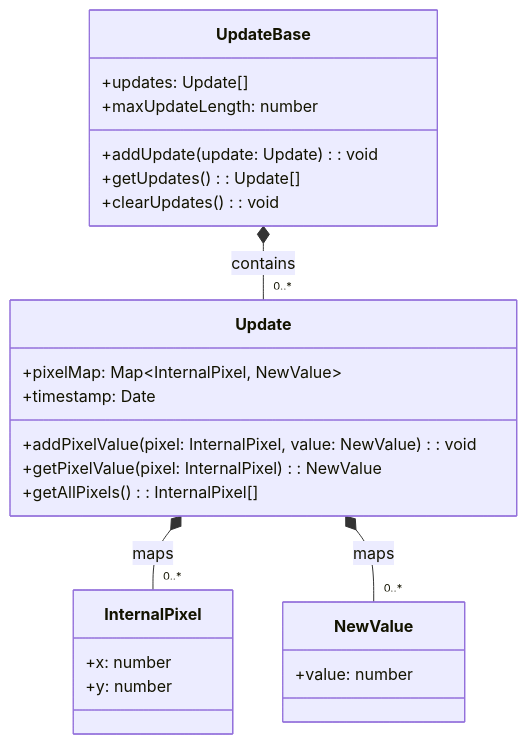
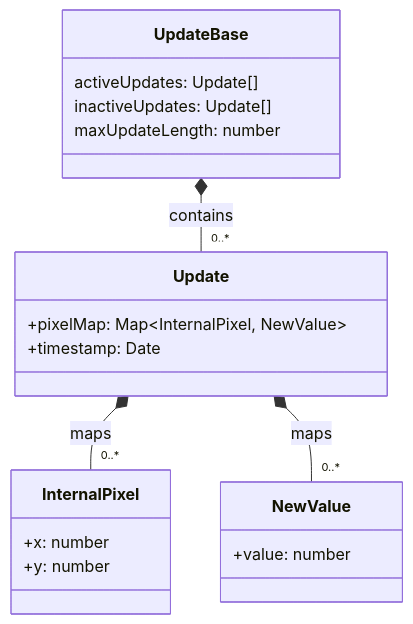
Before and after one commit to Advanced-Software-Engineering-23IKI1/saft: the diagram in docs/diagrams/update-data.md, drawn with Mermaid. The commit also changed 4 other files, not shown here.

````diff
--- a/docs/diagrams/update-data.md
+++ b/docs/diagrams/update-data.md
@@ -3,33 +3,28 @@
 ```mermaid
 classDiagram
     class UpdateBase {
-        +updates: Update[]
-        +maxUpdateLength: number
-        +addUpdate(update: Update): void
-        +getUpdates(): Update[]
-        +clearUpdates(): void
+        activeUpdates: Update[]
+        inactiveUpdates: Update[]
+        maxUpdateLength: number
     }
 
     class Update {
         +pixelMap: Map~InternalPixel, NewValue~
         +timestamp: Date
-        +addPixelValue(pixel: InternalPixel, value: NewValue): void
-        +getPixelValue(pixel: InternalPixel): NewValue
-        +getAllPixels(): InternalPixel[]
     }
 
     class InternalPixel {
         +x: number
         +y: number
     }
 
     class NewValue {
         +value: number
     }
 
     UpdateBase *-- "0..*" Update : contains
     Update *-- "0..*" InternalPixel : maps
     Update *-- "0..*" NewValue : maps
 
 
 ```
````
